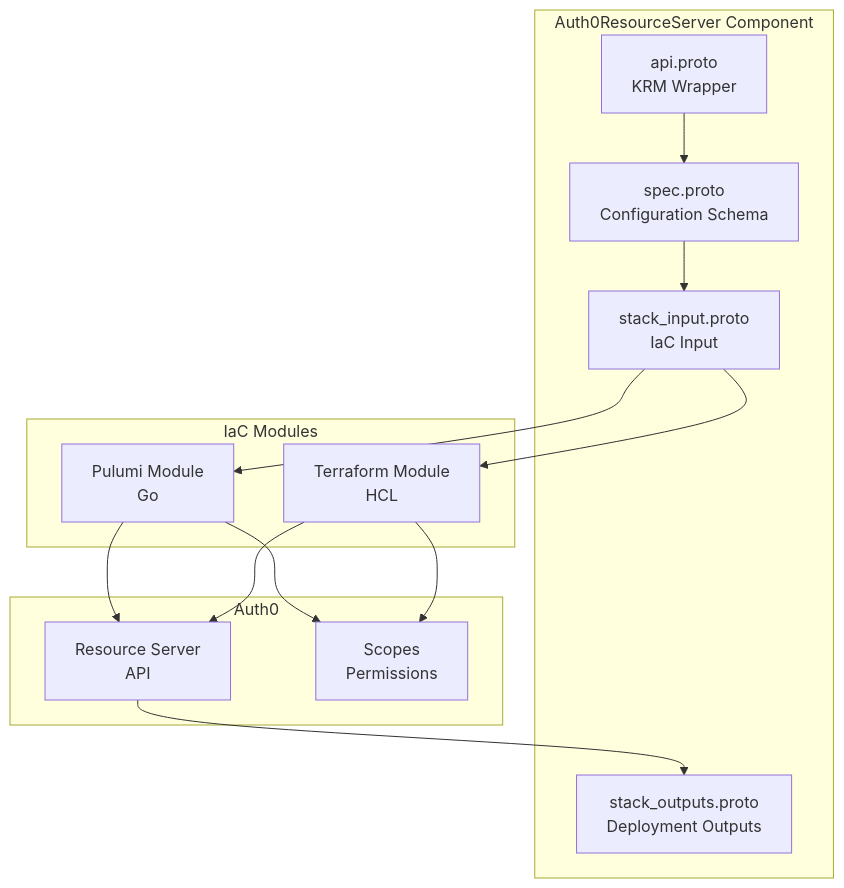
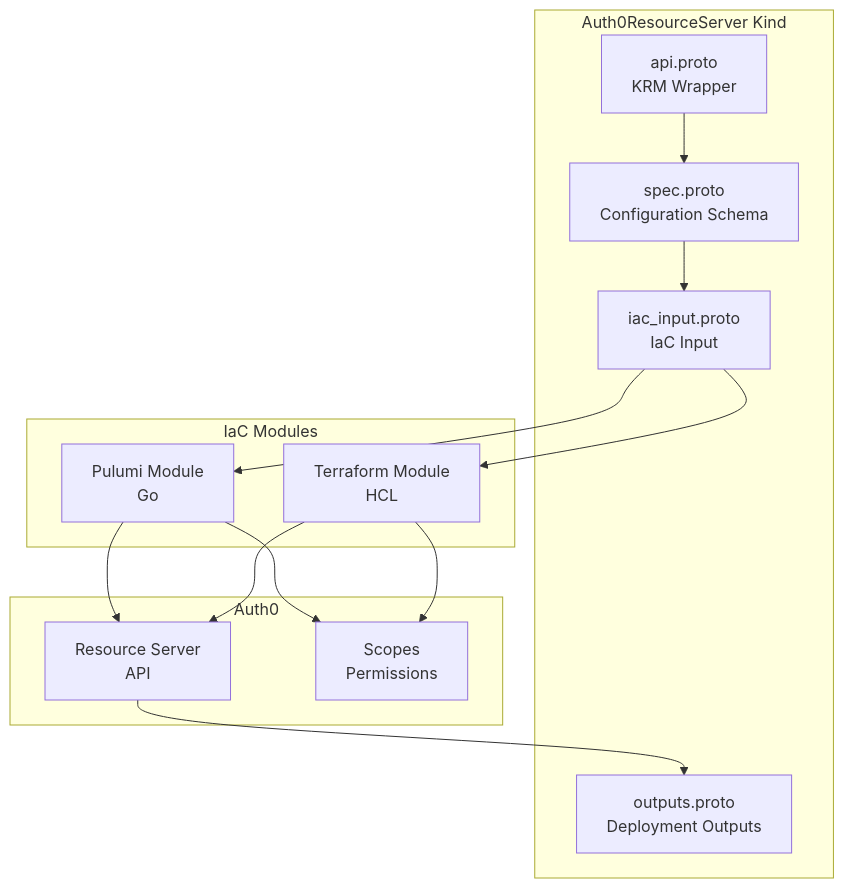
One commit to plantonhq/planton changed the first of 2 diagrams in _changelog/2026-01/2026-01-10-065012-auth0-resource-server-component.md. Above: the diagram before and after it, drawn with Mermaid. The commit also changed other lines of this file and 19058 other files, not shown here.

First line of the commit message:
refactor: one word per idea across the catalog -- catalog kinds and catalog objects, InfraComponent, InfraStack, InfraJob, IacInput and Outputs

````diff
--- a/_changelog/2026-01/2026-01-10-065012-auth0-resource-server-component.md
+++ b/_changelog/2026-01/2026-01-10-065012-auth0-resource-server-component.md
@@ -33,29 +33,29 @@
 ```mermaid
 flowchart TB
-    subgraph "Auth0ResourceServer Component"
+    subgraph "Auth0ResourceServer Kind"
         API[api.proto<br/>KRM Wrapper]
         SPEC[spec.proto<br/>Configuration Schema]
-        SI[stack_input.proto<br/>IaC Input]
-        SO[stack_outputs.proto<br/>Deployment Outputs]
+        SI[iac_input.proto<br/>IaC Input]
+        SO[outputs.proto<br/>Deployment Outputs]
     end
 
     subgraph "IaC Modules"
         PULUMI[Pulumi Module<br/>Go]
         TF[Terraform Module<br/>HCL]
     end
 
     subgraph "Auth0"
         RS[Resource Server<br/>API]
         SCOPES[Scopes<br/>Permissions]
     end
 
     API --> SPEC
     SPEC --> SI
     SI --> PULUMI
     SI --> TF
     PULUMI --> RS
     PULUMI --> SCOPES
     TF --> RS
     TF --> SCOPES
     RS --> SO
 ```
````
